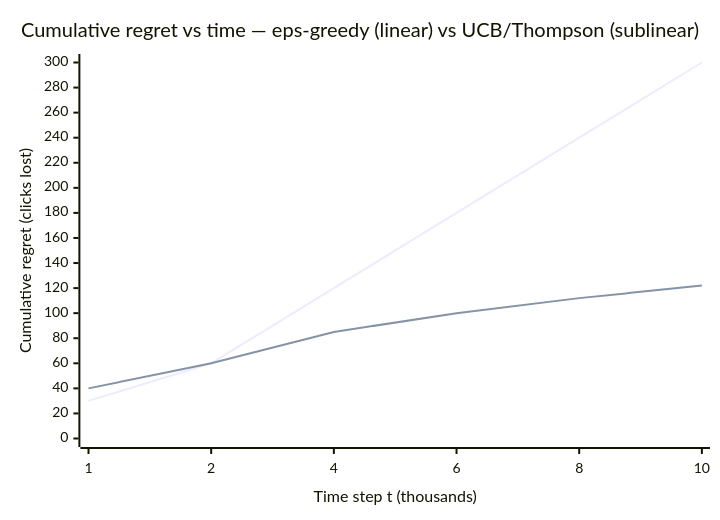
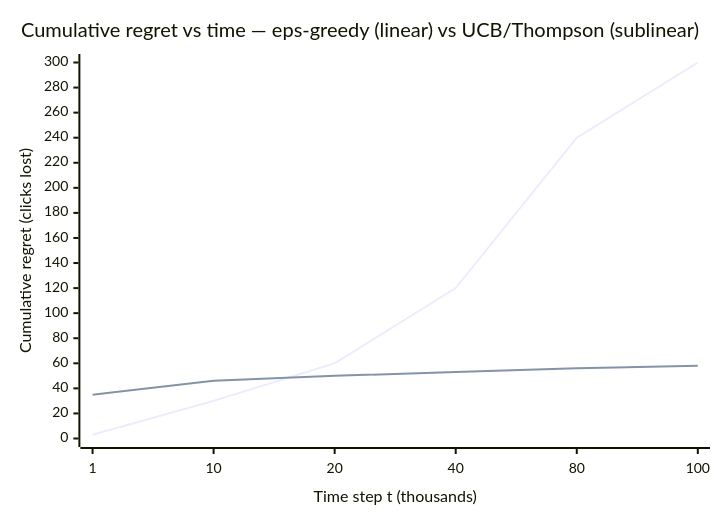
The fourth of 4 diagrams in src/main/java/com/rutik/systemdesign/ml/recommender_systems/online_learning_and_bandits.md (rppol/system-design), drawn with Mermaid before and after one commit. The commit also changed other lines of this file and 5 other files, not shown here.

````diff
--- a/src/main/java/com/rutik/systemdesign/ml/recommender_systems/online_learning_and_bandits.md
+++ b/src/main/java/com/rutik/systemdesign/ml/recommender_systems/online_learning_and_bandits.md
@@ -345,8 +345,8 @@
 ```mermaid
 xychart-beta
     title "Cumulative regret vs time — eps-greedy (linear) vs UCB/Thompson (sublinear)"
-    x-axis "Time step t (thousands)" [1, 2, 4, 6, 8, 10]
+    x-axis "Time step t (thousands)" [1, 10, 20, 40, 80, 100]
     y-axis "Cumulative regret (clicks lost)" 0 --> 300
-    line [30, 60, 120, 180, 240, 300]
-    line [40, 60, 85, 100, 112, 122]
+    line [3, 30, 60, 120, 240, 300]
+    line [35, 46, 50, 53, 56, 58]
 ```
````
